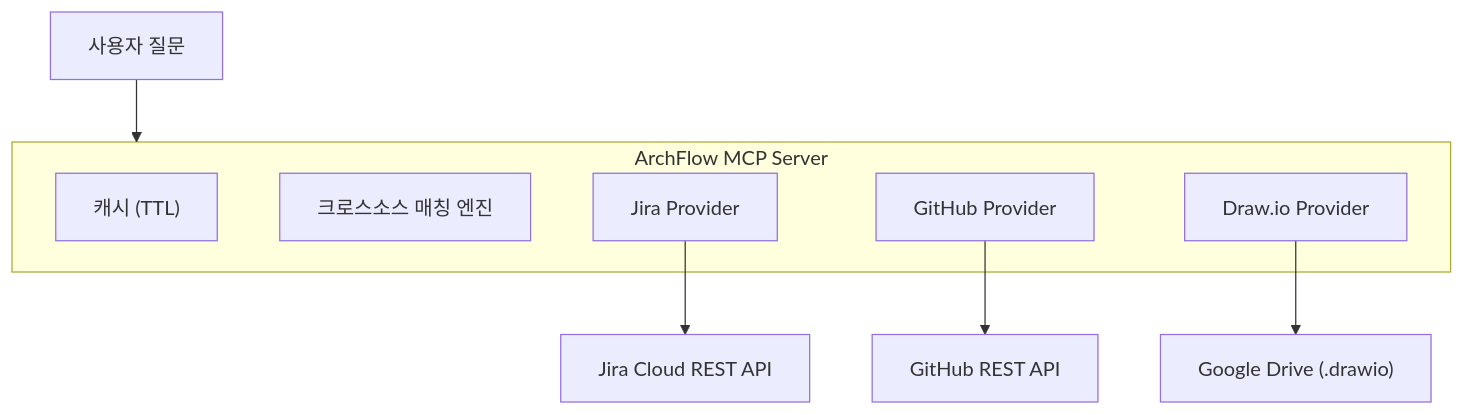
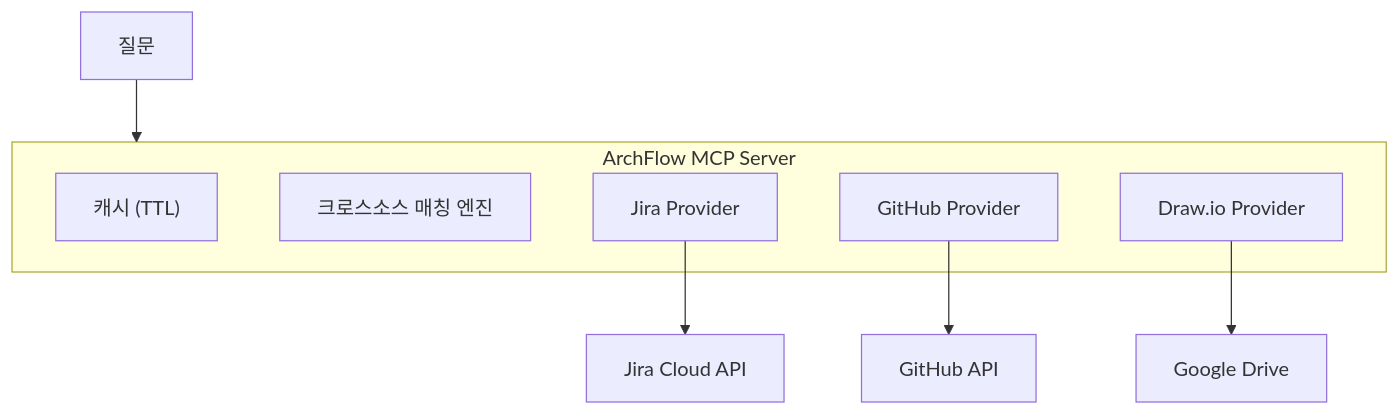
Before and after one commit to Juhwan01/ArchFlow: the diagram in README.ko.md, drawn with Mermaid. The commit also changed other lines of this file and 1 other file, not shown here.

````diff
--- a/README.ko.md
+++ b/README.ko.md
@@ -312,16 +316,16 @@
 ```mermaid
 graph TB
-    User["사용자 질문"] --> Server
+    User["질문"] --> Server
 
     subgraph Server["ArchFlow MCP Server"]
         Cache["캐시 (TTL)"]
         Matcher["크로스소스 매칭 엔진"]
         JP["Jira Provider"]
         GP["GitHub Provider"]
         DP["Draw.io Provider"]
     end
 
-    JP --> Jira["Jira Cloud REST API"]
-    GP --> GitHub["GitHub REST API"]
-    DP --> GDrive["Google Drive (.drawio)"]
+    JP --> Jira["Jira Cloud API"]
+    GP --> GitHub["GitHub API"]
+    DP --> GDrive["Google Drive"]
 ```
````
